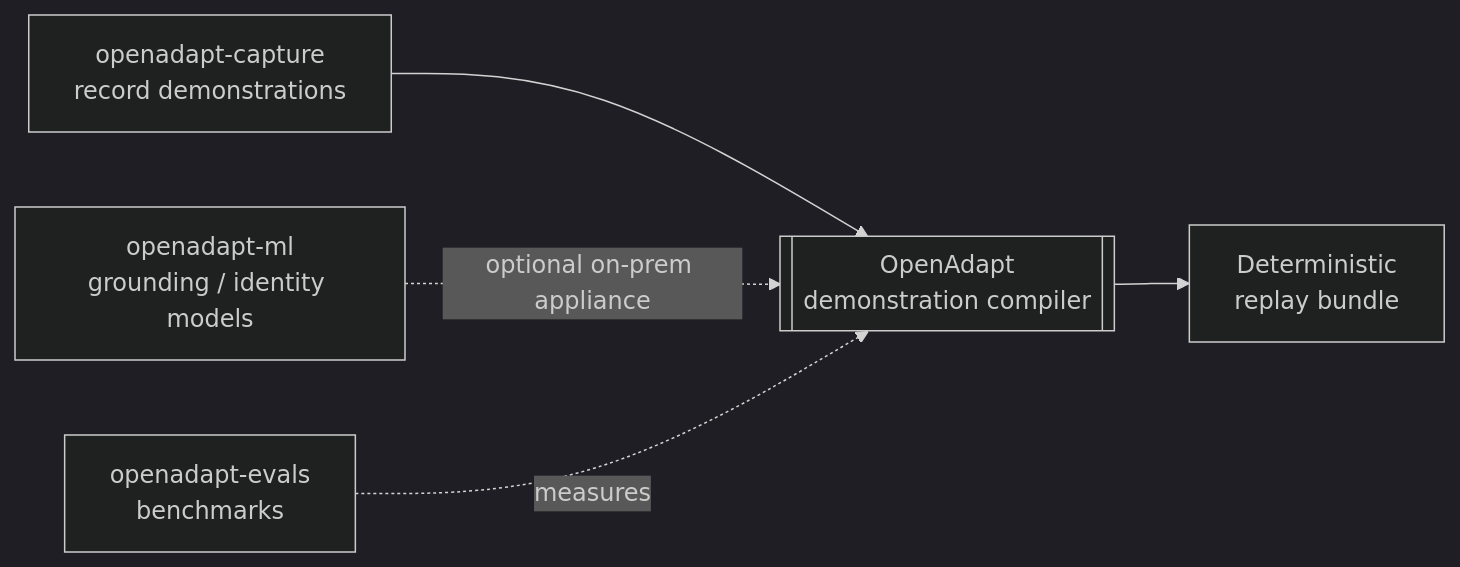
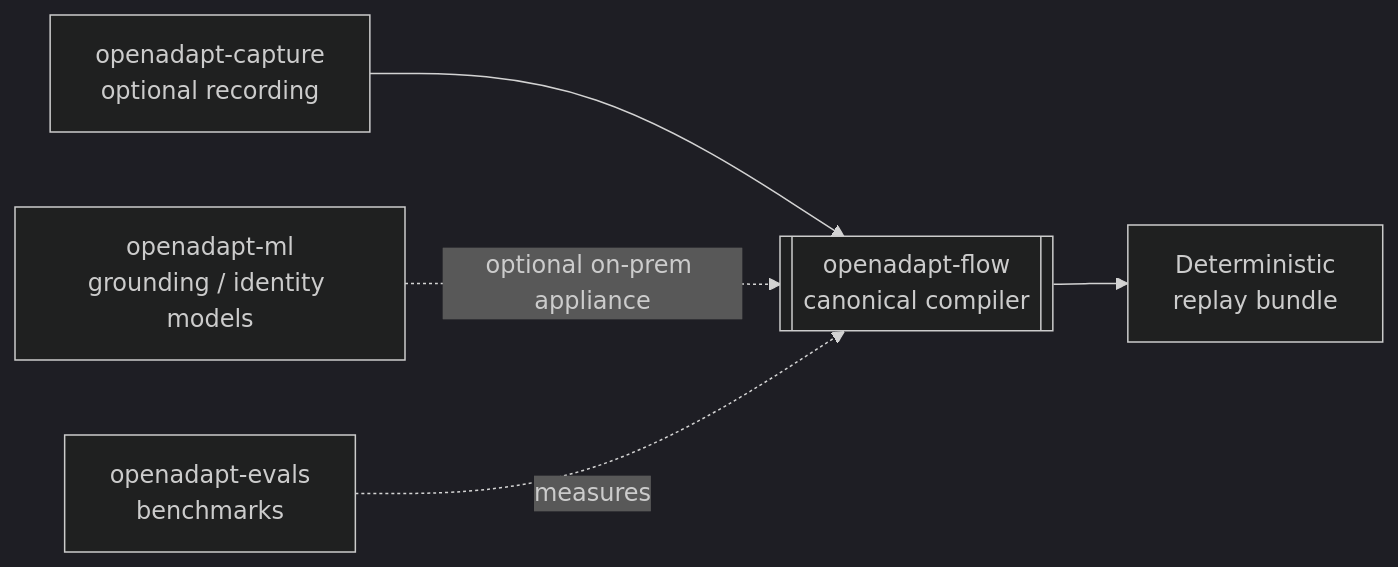
The diagram in docs/ecosystem/index.md (OpenAdaptAI/openadapt-ops), drawn with Mermaid (dark theme) before and after one commit. The commit also changed other lines of this file and 27 other files, not shown here.

````diff
--- a/docs/ecosystem/index.md
+++ b/docs/ecosystem/index.md
@@ -32,7 +53,7 @@
 ```mermaid
 flowchart LR
-    C[openadapt-capture<br/>record demonstrations] --> F[[OpenAdapt<br/>demonstration compiler]]
+    C[openadapt-capture<br/>optional recording] --> F[[openadapt-flow<br/>canonical compiler]]
     F --> R[Deterministic<br/>replay bundle]
     ML[openadapt-ml<br/>grounding / identity models] -.optional on-prem appliance.-> F
     E[openadapt-evals<br/>benchmarks] -.measures.-> F
 ```
````
